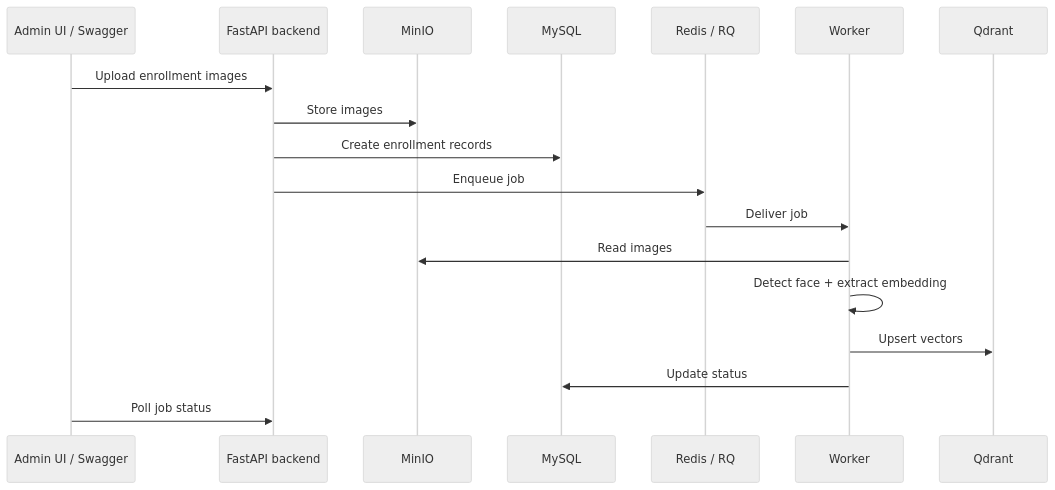
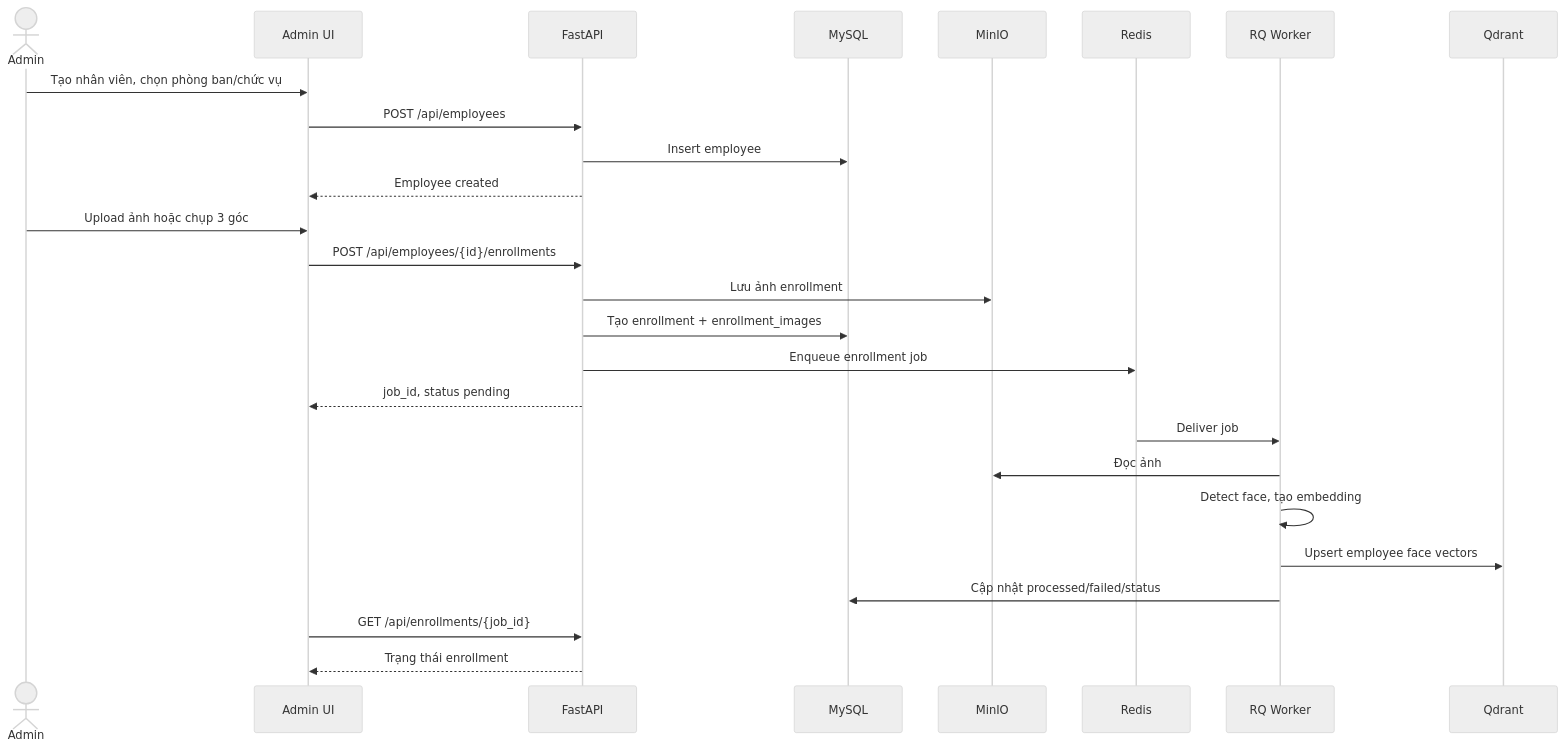
Before and after one commit to nguyenthanhlam2812/BTL_2526II_AIT3004_2-facial-recognition-system: the third of 6 diagrams in docs/diagrams.md, drawn with Mermaid (neutral theme). The commit also changed other lines of this file and 11 other files, not shown here.

````diff
--- a/docs/diagrams.md
+++ b/docs/diagrams.md
@@ -34,21 +76,31 @@
 ```mermaid
 sequenceDiagram
-    participant Admin as Admin UI / Swagger
-    participant Backend as FastAPI backend
+    actor Admin
+    participant UI as Admin UI
+    participant API as FastAPI
+    participant MySQL as MySQL
     participant MinIO as MinIO
-    participant MySQL as MySQL
-    participant Redis as Redis / RQ
-    participant Worker as Worker
+    participant Redis as Redis
+    participant Worker as RQ Worker
     participant Qdrant as Qdrant
 
-    Admin->>Backend: Upload enrollment images
-    Backend->>MinIO: Store images
-    Backend->>MySQL: Create enrollment records
-    Backend->>Redis: Enqueue job
+    Admin->>UI: Tạo nhân viên, chọn phòng ban/chức vụ
+    UI->>API: POST /api/employees
+    API->>MySQL: Insert employee
+    API-->>UI: Employee created
+
+    Admin->>UI: Upload ảnh hoặc chụp 3 góc
+    UI->>API: POST /api/employees/{id}/enrollments
+    API->>MinIO: Lưu ảnh enrollment
+    API->>MySQL: Tạo enrollment + enrollment_images
+    API->>Redis: Enqueue enrollment job
+    API-->>UI: job_id, status pending
+
     Redis->>Worker: Deliver job
-    Worker->>MinIO: Read images
-    Worker->>Worker: Detect face + extract embedding
-    Worker->>Qdrant: Upsert vectors
-    Worker->>MySQL: Update status
-    Admin->>Backend: Poll job status
+    Worker->>MinIO: Đọc ảnh
+    Worker->>Worker: Detect face, tạo embedding
+    Worker->>Qdrant: Upsert employee face vectors
+    Worker->>MySQL: Cập nhật processed/failed/status
+    UI->>API: GET /api/enrollments/{job_id}
+    API-->>UI: Trạng thái enrollment
 ```
````
